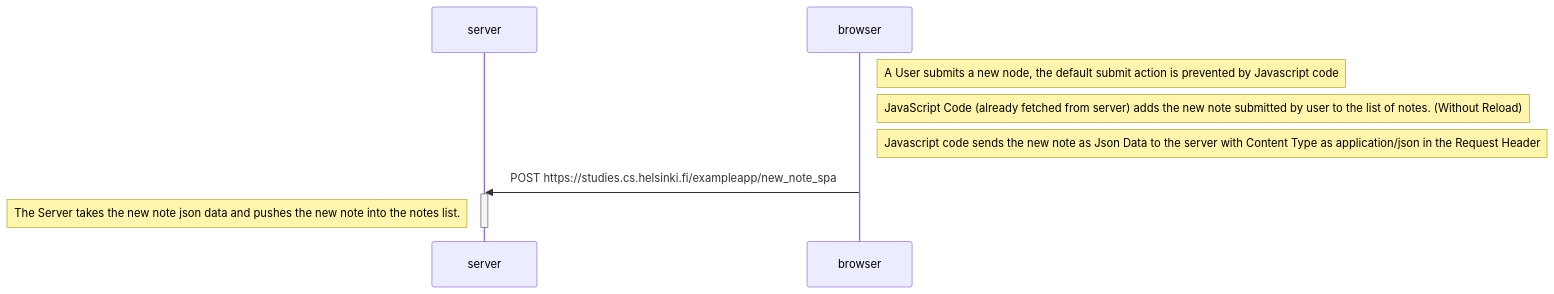
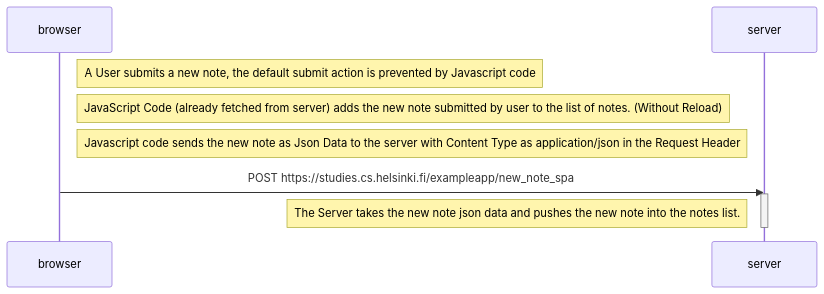
Before and after one commit to nurturegrit/Full-Stack-Open: the third of 3 diagrams in part0/solutions.md, drawn with Mermaid.

Commit message:
Part0 complete

````diff
--- a/part0/solutions.md
+++ b/part0/solutions.md
@@ -79,15 +79,15 @@
 ```mermaid
 
 sequenceDiagram
+    participant browser
     participant server
-    participant browser
 
-    Note right of browser: A User submits a new node, the default submit action is prevented by Javascript code
+    Note right of browser: A User submits a new note, the default submit action is prevented by Javascript code
     Note right of browser: JavaScript Code (already fetched from server) adds the new note submitted by user to the list of notes. (Without Reload)
     Note right of browser: Javascript code sends the new note as Json Data to the server with Content Type as application/json in the Request Header
     browser->>server: POST https://studies.cs.helsinki.fi/exampleapp/new_note_spa
     activate server
     Note left of server: The Server takes the new note json data and pushes the new note into the notes list.
     deactivate server
 
 ```
````
